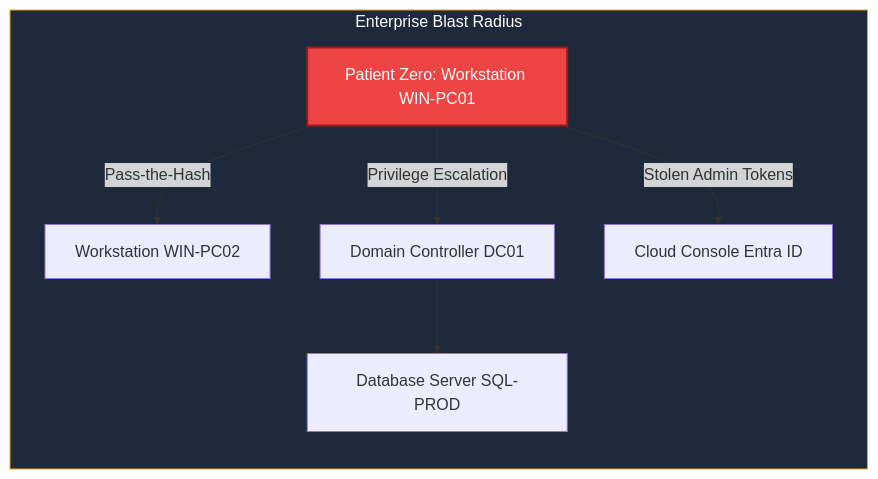
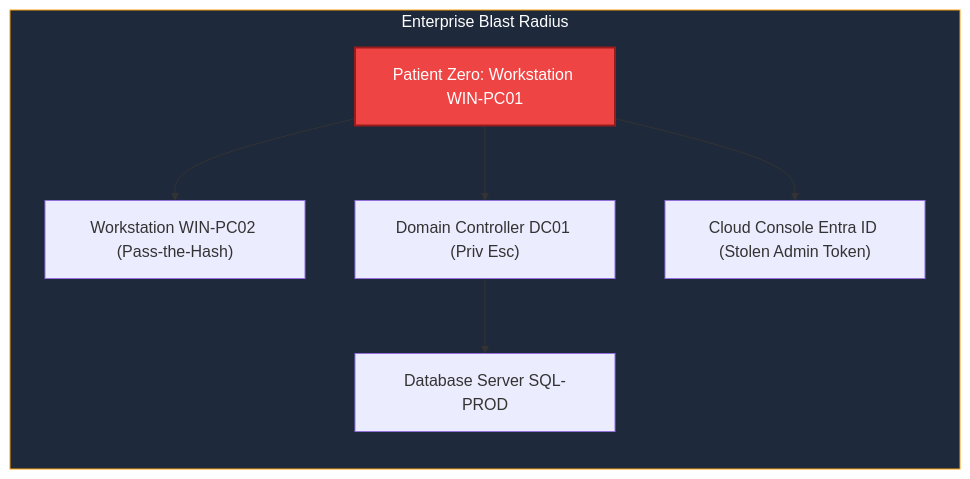
One commit to sivaoffl04/Cyber-Blog changed the fifth of 11 diagrams in SOC/NIST 800-61/NIST_SP_800-61_Incident_Response_Guide.MD. Above: the diagram before and after it, drawn with Mermaid. The commit also changed other lines of this file, not shown here.

Commit message:
Fix sequence diagram syntax error and enhance UI/UX with state machine and phase blocks

````diff
--- a/SOC/NIST 800-61/NIST_SP_800-61_Incident_Response_Guide.MD
+++ b/SOC/NIST 800-61/NIST_SP_800-61_Incident_Response_Guide.MD
@@ -167,14 +201,14 @@
 ```mermaid
 flowchart LR
     P0["Patient Zero: Workstation WIN-PC01"]
     
     subgraph BlastRadius["Enterprise Blast Radius"]
-        P0 -->|Pass-the-Hash| S1["Workstation WIN-PC02"]
-        P0 -->|Privilege Escalation| S2["Domain Controller DC01"]
-        P0 -->|Stolen Admin Tokens| S3["Cloud Console Entra ID"]
+        P0 --> S1["Workstation WIN-PC02 (Pass-the-Hash)"]
+        P0 --> S2["Domain Controller DC01 (Priv Esc)"]
+        P0 --> S3["Cloud Console Entra ID (Stolen Admin Token)"]
         S2 --> S4["Database Server SQL-PROD"]
     end
 
     style P0 fill:#ef4444,stroke:#991b1b,stroke-width:2px,color:#fff
     style BlastRadius fill:#1e293b,stroke:#f59e0b,stroke-width:1px,color:#fff
 ```
````
